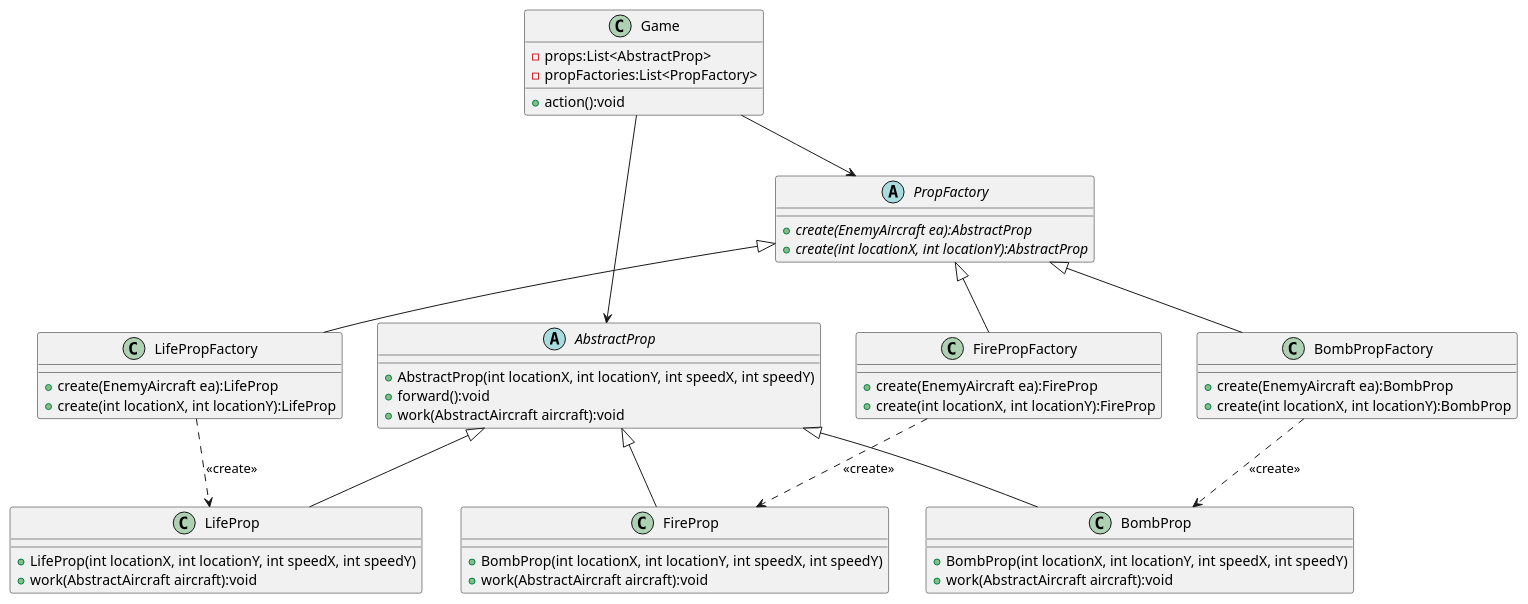
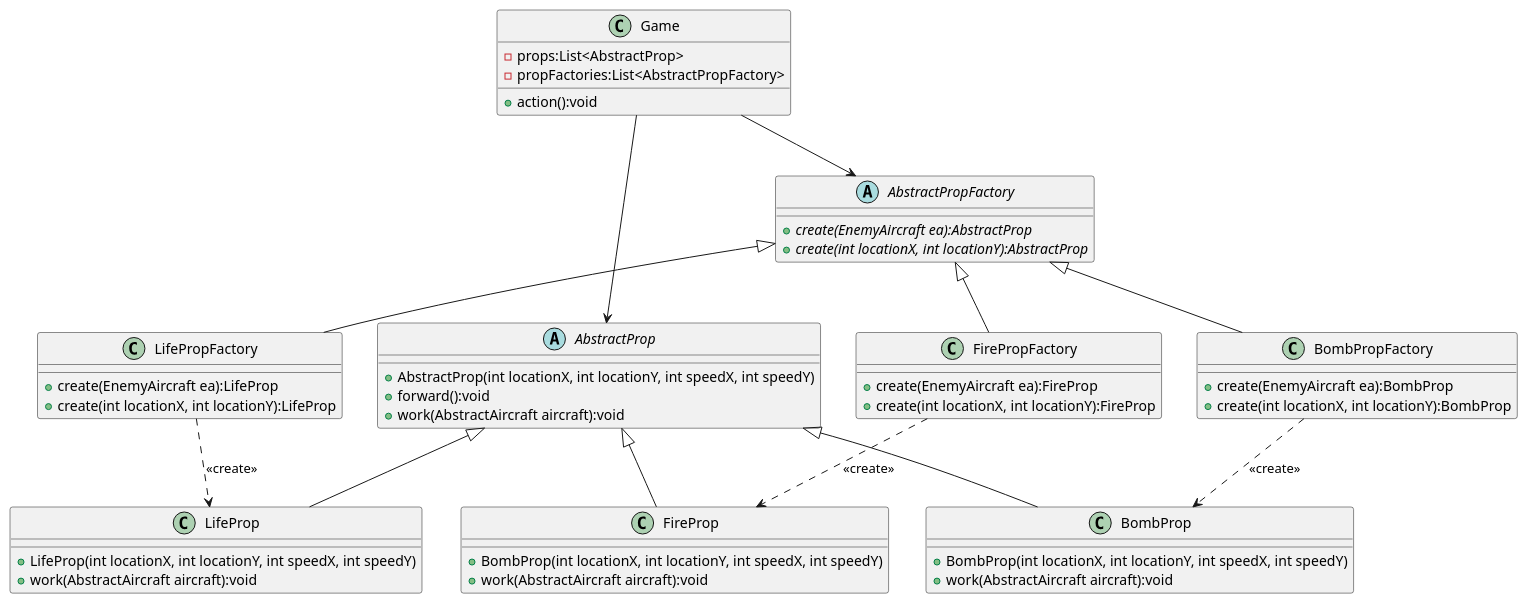
Before and after one commit to linkfqy/AircraftWar: the diagram in uml/PropFactory.puml, drawn with PlantUML. The commit also changed 23 other files, not shown here.

```diff
--- a/uml/PropFactory.puml
+++ b/uml/PropFactory.puml
@@ -1,59 +1,59 @@
 @startuml
-abstract class PropFactory {
+abstract class AbstractPropFactory {
     + {abstract} create(EnemyAircraft ea):AbstractProp
     + {abstract} create(int locationX, int locationY):AbstractProp
 }
 class FirePropFactory {
     + create(EnemyAircraft ea):FireProp
     + create(int locationX, int locationY):FireProp
 }
 class LifePropFactory {
     + create(EnemyAircraft ea):LifeProp
     + create(int locationX, int locationY):LifeProp
 }
 class BombPropFactory {
     + create(EnemyAircraft ea):BombProp
     + create(int locationX, int locationY):BombProp
 }
 
-PropFactory <|-- FirePropFactory
-PropFactory <|-- LifePropFactory
-PropFactory <|-- BombPropFactory
+AbstractPropFactory <|-- FirePropFactory
+AbstractPropFactory <|-- LifePropFactory
+AbstractPropFactory <|-- BombPropFactory
 
 abstract class AbstractProp {
     + AbstractProp(int locationX, int locationY, int speedX, int speedY)
     + forward():void
     + work(AbstractAircraft aircraft):void
 }
 
 class LifeProp {
     + LifeProp(int locationX, int locationY, int speedX, int speedY)
     + work(AbstractAircraft aircraft):void
 }
 
 class BombProp {
     + BombProp(int locationX, int locationY, int speedX, int speedY)
     + work(AbstractAircraft aircraft):void
 }
 
 class FireProp {
     + BombProp(int locationX, int locationY, int speedX, int speedY)
     + work(AbstractAircraft aircraft):void
 }
 
 AbstractProp <|-- LifeProp
 AbstractProp <|-- BombProp
 AbstractProp <|-- FireProp
 LifePropFactory ..> LifeProp : <<create>>
 BombPropFactory ..> BombProp : <<create>>
 FirePropFactory ..> FireProp : <<create>>
 
 class Game {
     - props:List<AbstractProp>
-    - propFactories:List<PropFactory>
+    - propFactories:List<AbstractPropFactory>
     + action():void
 }
 
-Game --> PropFactory
+Game --> AbstractPropFactory
 Game --> AbstractProp
 @enduml
```
